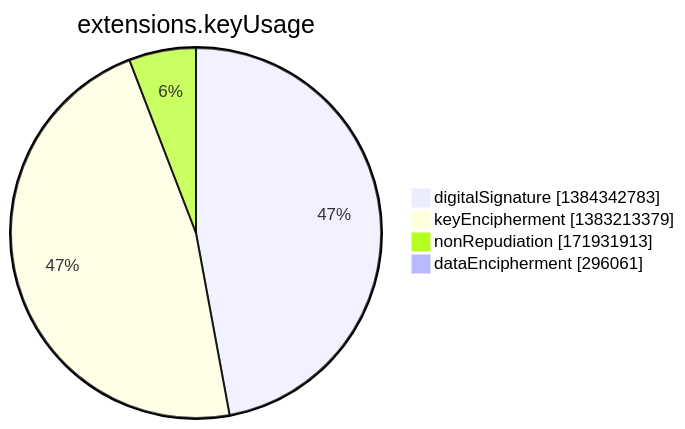
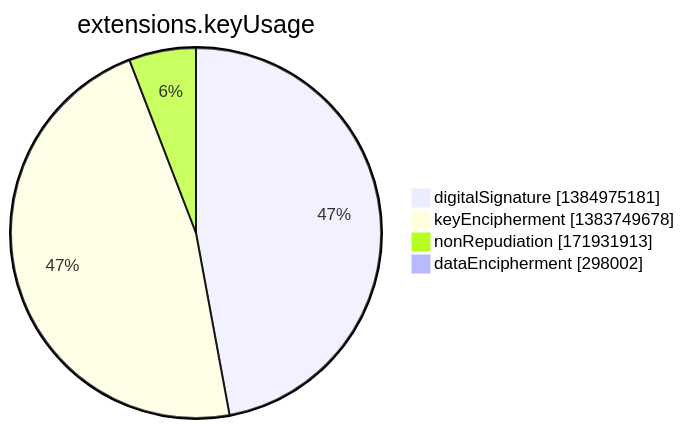
Before and after one commit to christiankrug/ctmonitor_visualization: the seventh of 15 diagrams in argon2022/README.md, drawn with Mermaid. The commit also changed other lines of this file, not shown here.

````diff
--- a/argon2022/README.md
+++ b/argon2022/README.md
@@ -2751,8 +2751,8 @@
 ```mermaid
 pie showData
 title extensions.keyUsage
-"digitalSignature" :1384342783
-"keyEncipherment" :1383213379
+"digitalSignature" :1384975181
+"keyEncipherment" :1383749678
 "nonRepudiation" :171931913
-"dataEncipherment" :296061
+"dataEncipherment" :298002
 ```
````
